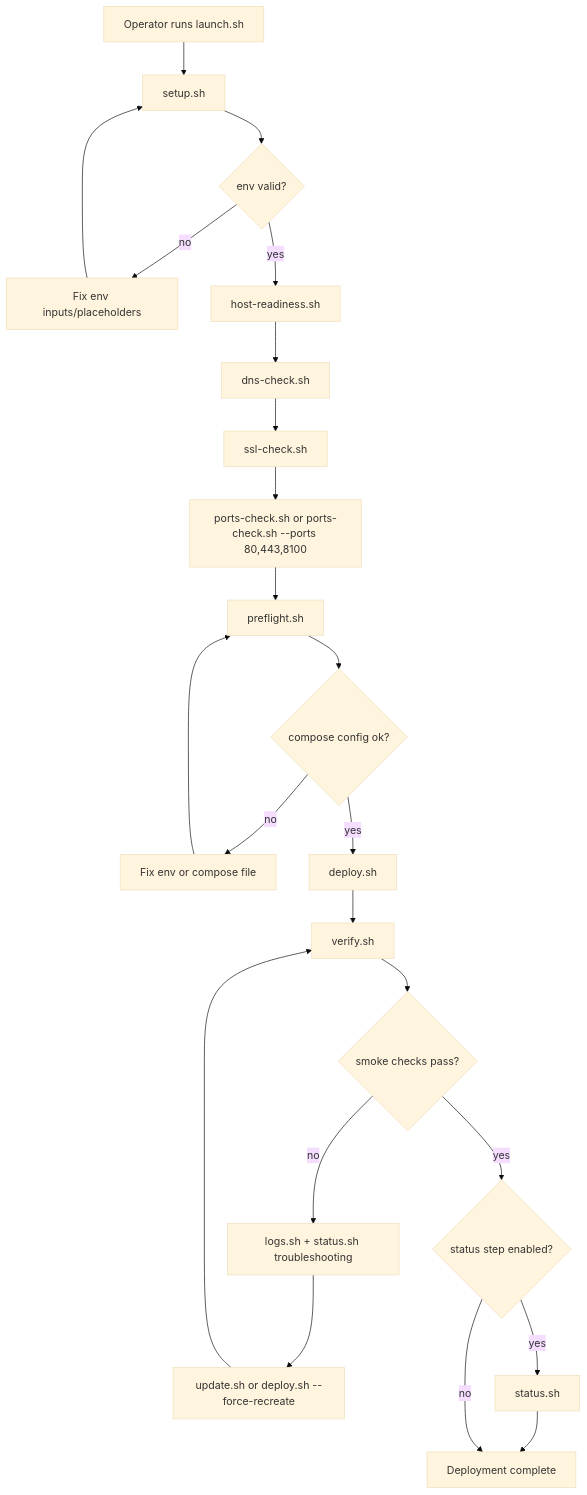
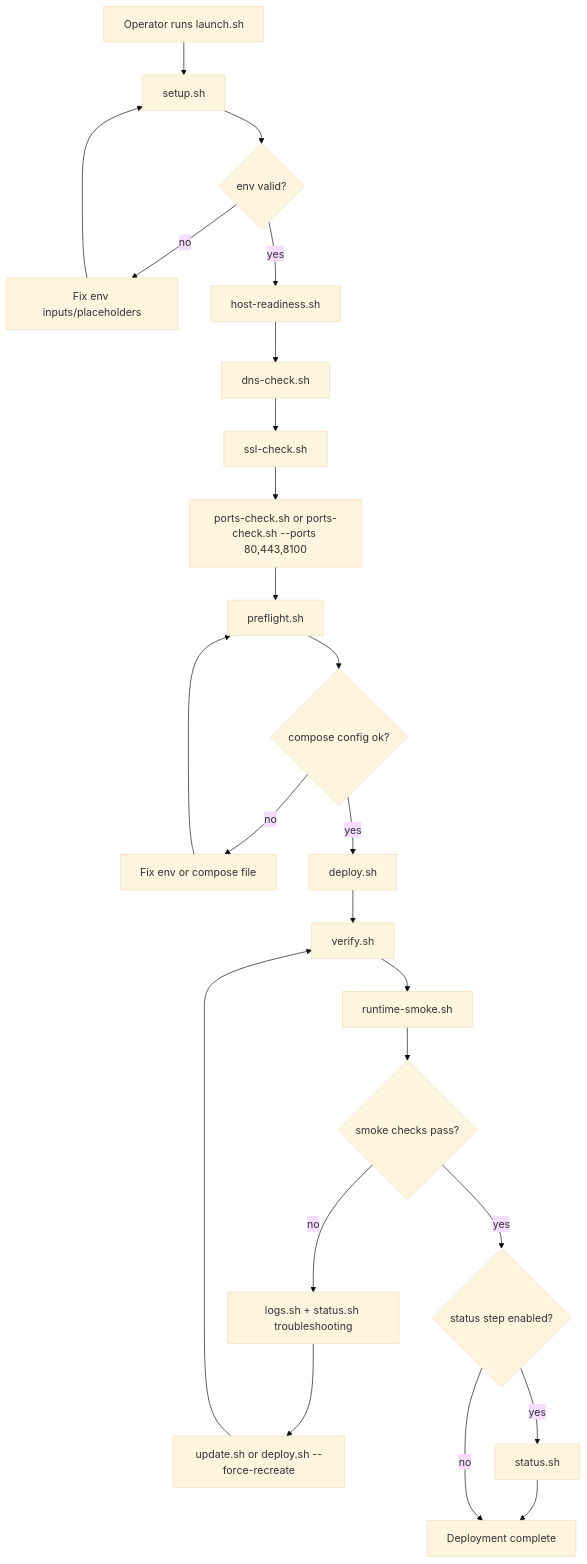
Before and after one commit to AmanVatsSharma/MailZen-Smart-Email-Management: the first of 3 diagrams in deploy/ec2/FLOW.md, drawn with Mermaid (base theme). The commit also changed other lines of this file and 6 other files, not shown here.

Commit message:
add runtime smoke checks for container-internal deployment validation

````diff
--- a/deploy/ec2/FLOW.md
+++ b/deploy/ec2/FLOW.md
@@ -8,25 +8,26 @@
 ```mermaid
 flowchart TD
   Start[Operator runs launch.sh] --> Setup[setup.sh]
   Setup --> EnvOK{env valid?}
   EnvOK -- no --> FixEnv[Fix env inputs/placeholders]
   FixEnv --> Setup
   EnvOK -- yes --> HostReady[host-readiness.sh]
   HostReady --> DnsCheck[dns-check.sh]
   DnsCheck --> SslCheck[ssl-check.sh]
   SslCheck --> PortsCheck[ports-check.sh or ports-check.sh --ports 80,443,8100]
   PortsCheck --> Preflight[preflight.sh]
   Preflight --> ComposeConfig{compose config ok?}
   ComposeConfig -- no --> FixConfig[Fix env or compose file]
   FixConfig --> Preflight
   ComposeConfig -- yes --> Deploy[deploy.sh]
   Deploy --> Verify[verify.sh]
-  Verify --> VerifyOK{smoke checks pass?}
+  Verify --> RuntimeSmoke[runtime-smoke.sh]
+  RuntimeSmoke --> VerifyOK{smoke checks pass?}
   VerifyOK -- no --> Logs[logs.sh + status.sh troubleshooting]
   Logs --> FixAndRedeploy[update.sh or deploy.sh --force-recreate]
   FixAndRedeploy --> Verify
   VerifyOK -- yes --> StatusGate{status step enabled?}
   StatusGate -- yes --> Status[status.sh]
   Status --> Done[Deployment complete]
   StatusGate -- no --> Done
 ```
````
